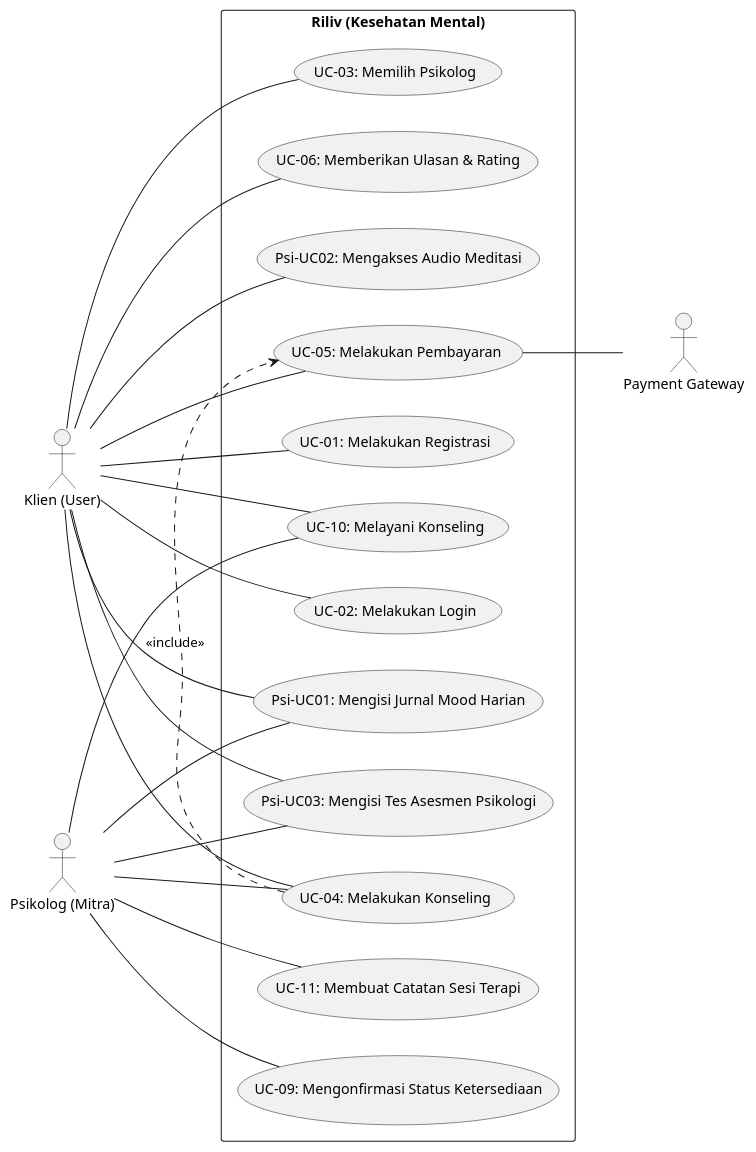
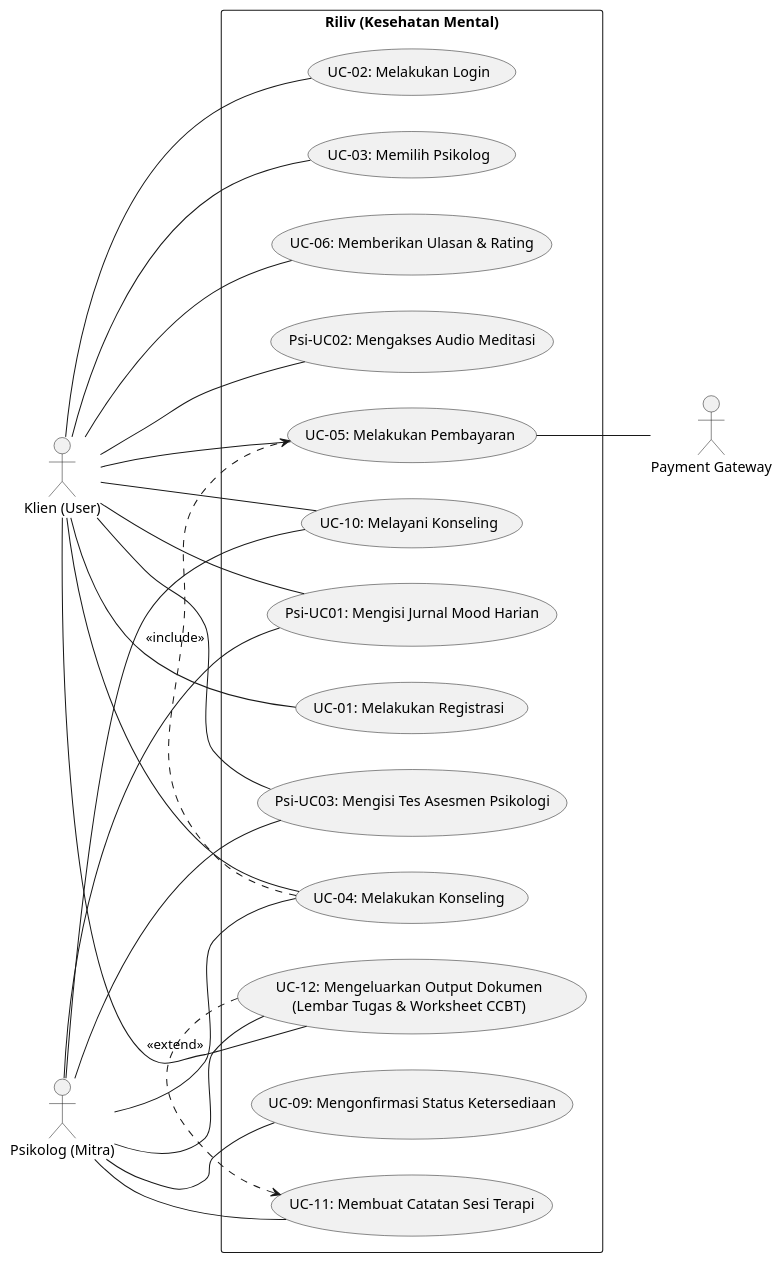
One commit to tupperwureism/SuperApp-Gagal changed the third of 53 diagrams in MarkDown/unified_plantuml_codes.md. Above: the diagram before and after it, drawn with PlantUML. The commit also changed other lines of this file, not shown here.

Commit message:
Fix UC Diagrams 0-A & 0-B: tambahkan UC-12 (Output Dokumen Resep & Worksheet) agar logika sebab-akibat antar use case dan aktor klinis lengkap

````diff
--- a/MarkDown/unified_plantuml_codes.md
+++ b/MarkDown/unified_plantuml_codes.md
@@ -147,51 +151,55 @@
 ```plantuml
 @startuml
 left to right direction
 skinparam packageStyle rectangle
 
 actor "Klien (User)" as Klien
 actor "Psikolog (Mitra)" as Mitra
 actor "Payment Gateway" as PG
 
 rectangle "Riliv (Kesehatan Mental)" {
   ' Core UC
   usecase "UC-01: Melakukan Registrasi" as UC01
   usecase "UC-02: Melakukan Login" as UC02
   usecase "UC-03: Memilih Psikolog" as UC03
   usecase "UC-04: Melakukan Konseling" as UC04
   usecase "UC-05: Melakukan Pembayaran" as UC05
   usecase "UC-06: Memberikan Ulasan & Rating" as UC06
   usecase "UC-09: Mengonfirmasi Status Ketersediaan" as UC09
   usecase "UC-10: Melayani Konseling" as UC10
   usecase "UC-11: Membuat Catatan Sesi Terapi" as UC11
+  usecase "UC-12: Mengeluarkan Output Dokumen\n(Lembar Tugas & Worksheet CCBT)" as UC12
   
   ' Spesifik Psikologi
   usecase "Psi-UC01: Mengisi Jurnal Mood Harian" as PUC01
   usecase "Psi-UC02: Mengakses Audio Meditasi" as PUC02
   usecase "Psi-UC03: Mengisi Tes Asesmen Psikologi" as PUC03
   
   UC04 .> UC05 : <<include>>
+  UC12 .> UC11 : <<extend>>
 }
 
 Klien -- UC01
 Klien -- UC02
 Klien -- UC03
 Klien -- UC04
 Klien -- UC05
 Klien -- UC06
+Klien -- UC12
 Klien -- PUC01
 Klien -- PUC02
 Klien -- PUC03
 
 Mitra -- UC04
 Klien -- UC10
 
 Mitra -- UC09
 Mitra -- UC10
 Mitra -- UC11
+Mitra -- UC12
 Mitra -- PUC01
 Mitra -- PUC03
 
 UC05 -- PG
 @enduml
 ```
````
